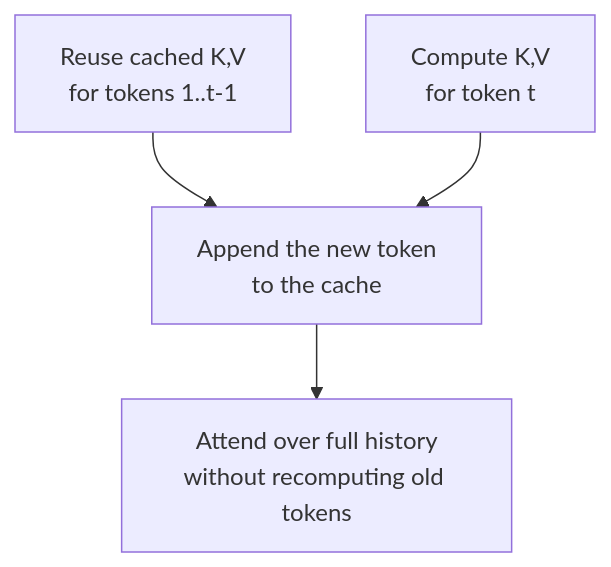
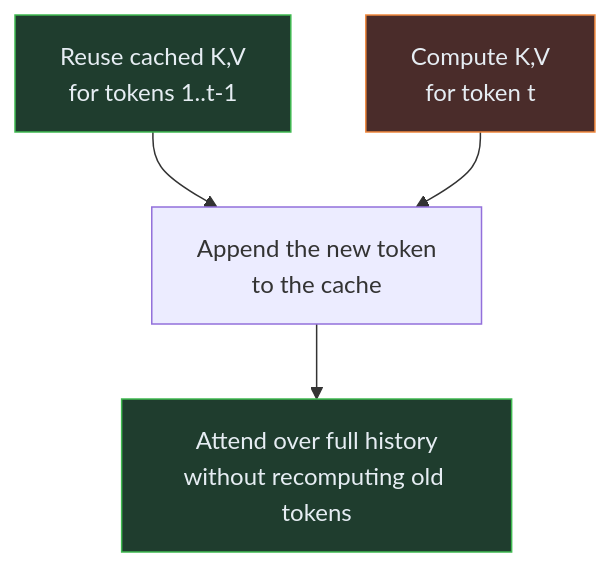
The diagram in walk-the-code/diagrams/kv_cached.mmd (danilop/micro-gpt-and-beyond), drawn with Mermaid before and after one commit. The commit also changed 59 other files, not shown here.

```diff
--- a/walk-the-code/diagrams/kv_cached.mmd
+++ b/walk-the-code/diagrams/kv_cached.mmd
@@ -1,8 +1,13 @@
+%% palette: cheap = reused from cache, costly = computed this step
 graph TD
     c_step1[Reuse cached K,V<br/>for tokens 1..t-1]
     c_new[Compute K,V<br/>for token t]
     c_step2[Append the new token<br/>to the cache]
     c_stepT[Attend over full history<br/>without recomputing old tokens]
     c_step1 --> c_step2
     c_new --> c_step2
     c_step2 --> c_stepT
+    classDef cheap fill:#1f3d2e,stroke:#3fb950,color:#e6edf3
+    classDef costly fill:#4a2c2a,stroke:#f0883e,color:#e6edf3
+    class c_step1,c_stepT cheap
+    class c_new costly
```
